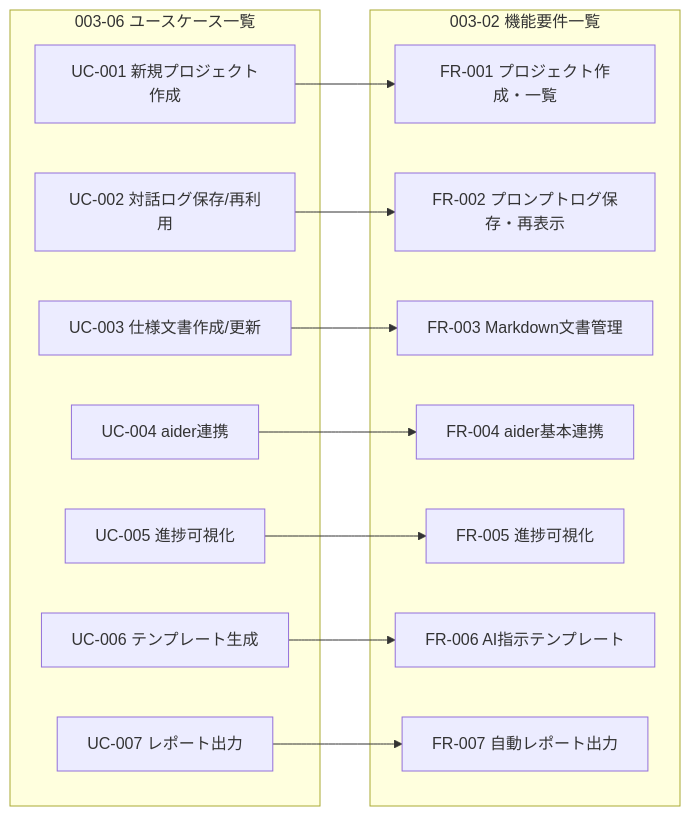
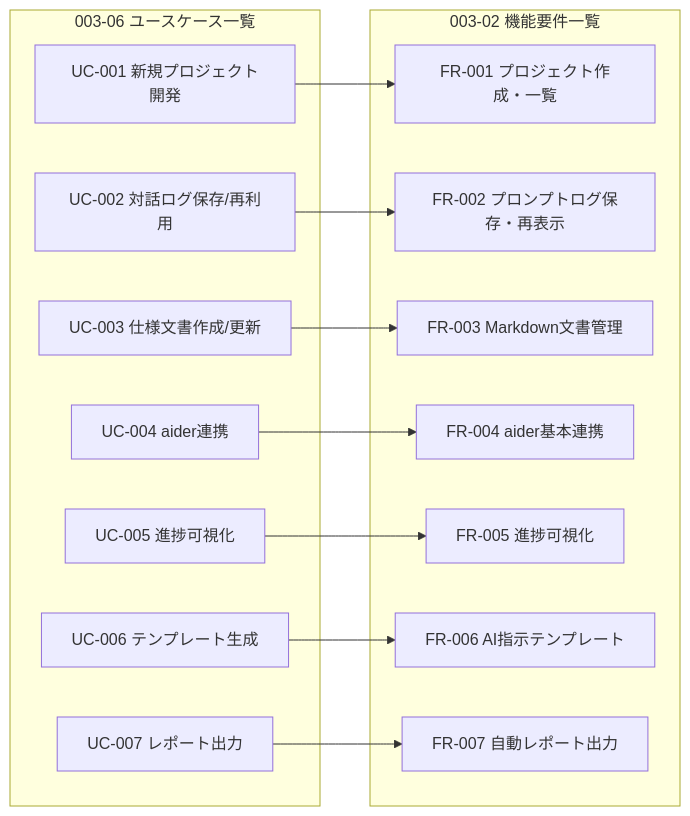
The diagram in _document/001.提案・要求仕様フェーズ/003.要求仕様共通/003-09.要件トレーサビリティ.md (BossApe/lo-vibe), drawn with Mermaid before and after one commit. The commit also changed 13 other files, not shown here.

````diff
--- a/_document/001.提案・要求仕様フェーズ/003.要求仕様共通/003-09.要件トレーサビリティ.md
+++ b/_document/001.提案・要求仕様フェーズ/003.要求仕様共通/003-09.要件トレーサビリティ.md
@@ -42,30 +42,30 @@
 ```mermaid
 flowchart LR
 	subgraph UC[003-06 ユースケース一覧]
-		UC001[UC-001 新規プロジェクト作成]
+		UC001[UC-001 新規プロジェクト開発]
 		UC002[UC-002 対話ログ保存/再利用]
 		UC003[UC-003 仕様文書作成/更新]
 		UC004[UC-004 aider連携]
 		UC005[UC-005 進捗可視化]
 		UC006[UC-006 テンプレート生成]
 		UC007[UC-007 レポート出力]
 	end
 
 	subgraph FR[003-02 機能要件一覧]
 		FR001[FR-001 プロジェクト作成・一覧]
 		FR002[FR-002 プロンプトログ保存・再表示]
 		FR003[FR-003 Markdown文書管理]
 		FR004[FR-004 aider基本連携]
 		FR005[FR-005 進捗可視化]
 		FR006[FR-006 AI指示テンプレート]
 		FR007[FR-007 自動レポート出力]
 	end
 
 	UC001 --> FR001
 	UC002 --> FR002
 	UC003 --> FR003
 	UC004 --> FR004
 	UC005 --> FR005
 	UC006 --> FR006
 	UC007 --> FR007
 ```
````
